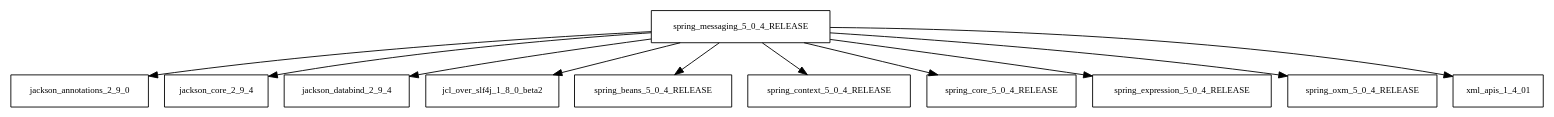
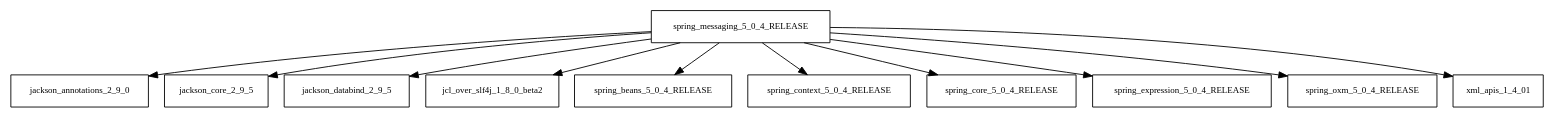
The diagram in tattleTaleReport/graphviz/spring-messaging-5.0.4.RELEASE.jar/spring-messaging-5.0.4.RELEASE.jar.dot (sjvs/cia), drawn with Graphviz before and after one commit. The commit also changed 2329 other files, not shown here.

```diff
--- a/tattleTaleReport/graphviz/spring-messaging-5.0.4.RELEASE.jar/spring-messaging-5.0.4.RELEASE.jar.dot
+++ b/tattleTaleReport/graphviz/spring-messaging-5.0.4.RELEASE.jar/spring-messaging-5.0.4.RELEASE.jar.dot
@@ -1,13 +1,13 @@
 digraph spring_messaging_5_0_4_RELEASE_dependencies {
   node [shape = box, fontsize=10.0];
   spring_messaging_5_0_4_RELEASE -> jackson_annotations_2_9_0;
-  spring_messaging_5_0_4_RELEASE -> jackson_core_2_9_4;
-  spring_messaging_5_0_4_RELEASE -> jackson_databind_2_9_4;
+  spring_messaging_5_0_4_RELEASE -> jackson_core_2_9_5;
+  spring_messaging_5_0_4_RELEASE -> jackson_databind_2_9_5;
   spring_messaging_5_0_4_RELEASE -> jcl_over_slf4j_1_8_0_beta2;
   spring_messaging_5_0_4_RELEASE -> spring_beans_5_0_4_RELEASE;
   spring_messaging_5_0_4_RELEASE -> spring_context_5_0_4_RELEASE;
   spring_messaging_5_0_4_RELEASE -> spring_core_5_0_4_RELEASE;
   spring_messaging_5_0_4_RELEASE -> spring_expression_5_0_4_RELEASE;
   spring_messaging_5_0_4_RELEASE -> spring_oxm_5_0_4_RELEASE;
   spring_messaging_5_0_4_RELEASE -> xml_apis_1_4_01;
 }
```
